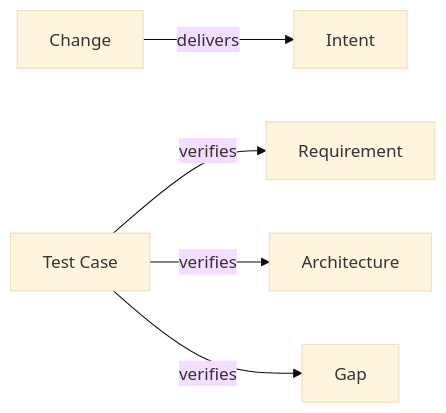
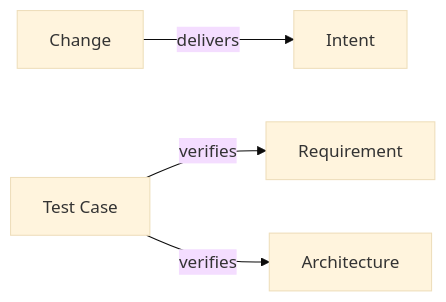
One commit to Kai-Hacks-AI/KAAL changed the diagram in engineering/metamodel/views/do.md. Above: the diagram before and after it, drawn with Mermaid (base theme). The commit also changed other lines of this file and 9 other files, not shown here.

````diff
--- a/engineering/metamodel/views/do.md
+++ b/engineering/metamodel/views/do.md
@@ -14,7 +14,6 @@
 ```mermaid
 flowchart LR
   Change -->|delivers| Intent
   TestCase["Test Case"] -->|verifies| Requirement
   TestCase -->|verifies| Architecture
-  TestCase -->|verifies| Gap
 ```
````
